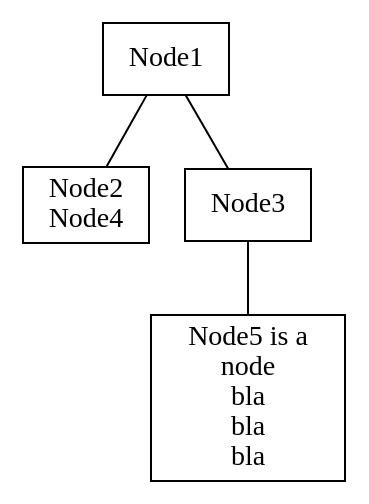
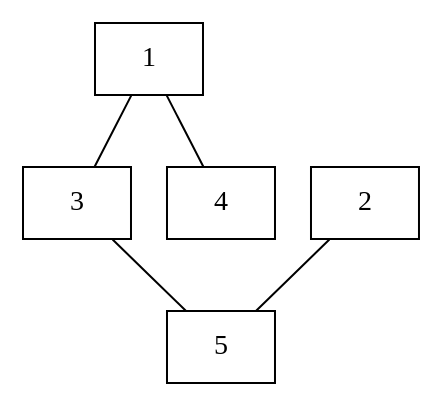
One commit to iqbal1987/pykm-tool changed the diagram in test-output/firstGraph.gv. Above: the diagram before and after it, drawn with Graphviz. The commit also changed 5 other files, not shown here.

```diff
--- a/test-output/firstGraph.gv
+++ b/test-output/firstGraph.gv
@@ -1,17 +1,14 @@
 // Node Graph
 digraph {
 	node [shape=box]
 	edge [arrowhead=none dir=none tailhead=none]
-	1 [label=Node1]
-	2 [label="Node2
-Node4"]
-	3 [label=Node3]
-	4 [label="Node5 is a 
-node
- bla
-bla
-bla"]
-	1 -> 2
+	1 [label=1]
+	2 [label=2]
+	3 [label=3]
+	4 [label=4]
+	5 [label=5]
 	1 -> 3
-	3 -> 4
+	1 -> 4
+	2 -> 5
+	3 -> 5
 }
```
